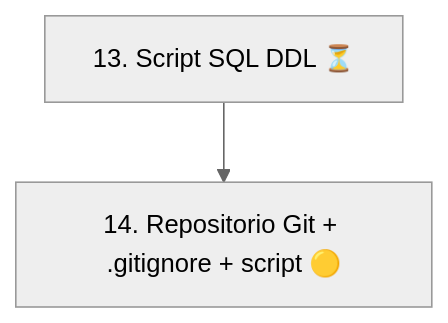
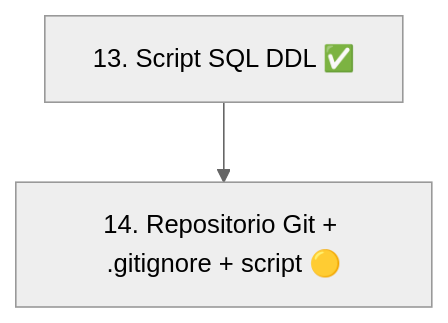
Before and after one commit to estebanvasquez0204-cyber/Mesa-TI-Solicitud-e-Incidente-: the diagram in docs/fase_3/README.md, drawn with Mermaid (neutral theme). The commit also changed other lines of this file and 9 other files, not shown here.

First line of the commit message:
docs(fase 3): documentar el script SQL (DDL) de la base mesa_ayuda_ti

````diff
--- a/docs/fase_3/README.md
+++ b/docs/fase_3/README.md
@@ -12,5 +12,5 @@
 ```mermaid
 flowchart TD
-    S13[13. Script SQL DDL ⏳]
+    S13[13. Script SQL DDL ✅]
     S13 --> S14[14. Repositorio Git + .gitignore + script 🟡]
 ```
````
